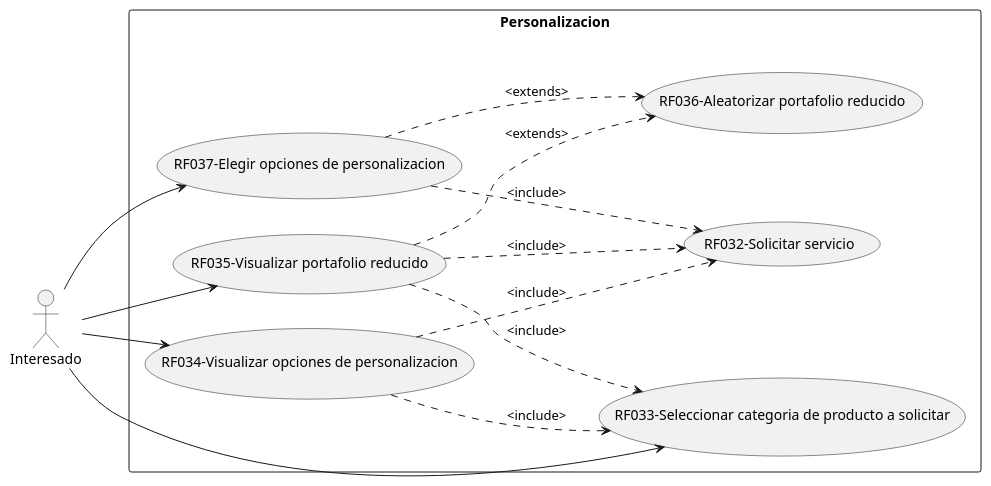
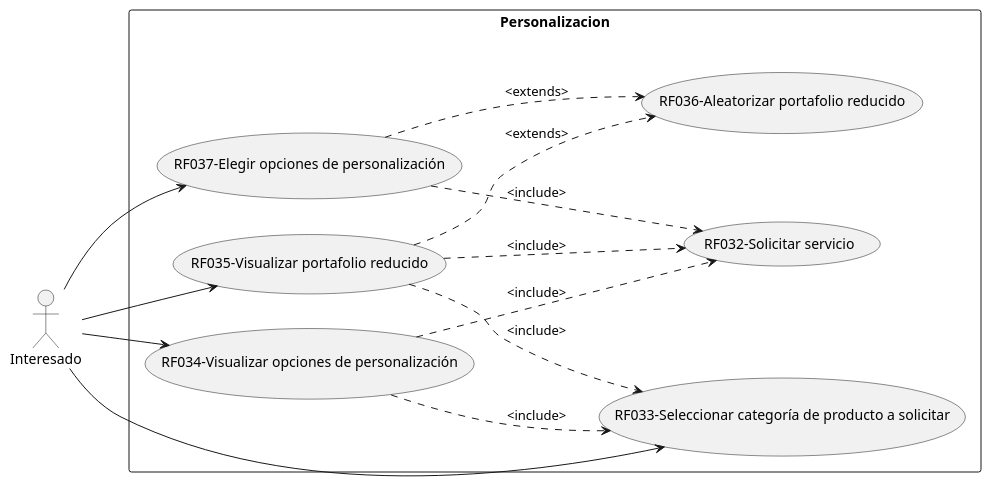
One commit to Los-Waza/MetalK_Documentation changed the diagram in CasosDeUso/metalK_cdu_personalizacion.puml. Above: the diagram before and after it, drawn with PlantUML. The commit also changed 5 other files, not shown here.

```diff
--- a/CasosDeUso/metalK_cdu_personalizacion.puml
+++ b/CasosDeUso/metalK_cdu_personalizacion.puml
@@ -1,27 +1,27 @@
 @startuml MetalK_UseCase_Catogories
     left to right direction
 
     actor Interesado as i
 
     rectangle Personalizacion{
         usecase "RF032-Solicitar servicio" as RF032
-        usecase "RF037-Elegir opciones de personalizacion" as RF037
-        usecase "RF033-Seleccionar categoria de producto a solicitar" as RF033
-        usecase "RF034-Visualizar opciones de personalizacion" as RF034
+        usecase "RF037-Elegir opciones de personalización" as RF037
+        usecase "RF033-Seleccionar categoría de producto a solicitar" as RF033
+        usecase "RF034-Visualizar opciones de personalización" as RF034
         usecase "RF035-Visualizar portafolio reducido" as RF035
         usecase "RF036-Aleatorizar portafolio reducido" as RF036
     }
 
     i --> RF033
     i --> RF034
     i --> RF035
     i --> RF037
 
     RF035 .right.> RF033:<include> 
     RF035 ..> RF036:<extends>
     RF035 ..> RF032:<include> 
     RF034 ..> RF032:<include> 
     RF037 ..> RF032:<include> 
     RF037 ..> RF036:<extends>
     RF034 ..> RF033:<include>
 @enduml
```
